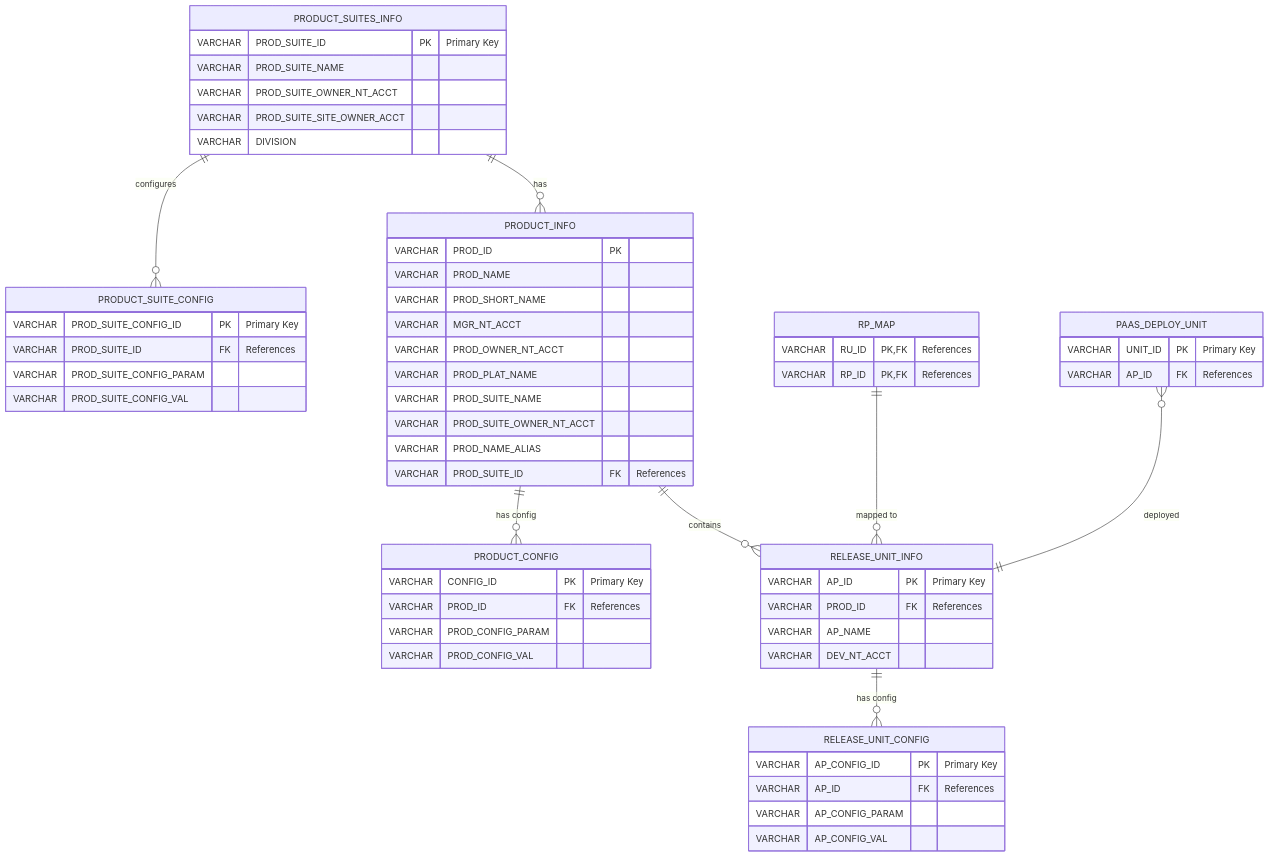
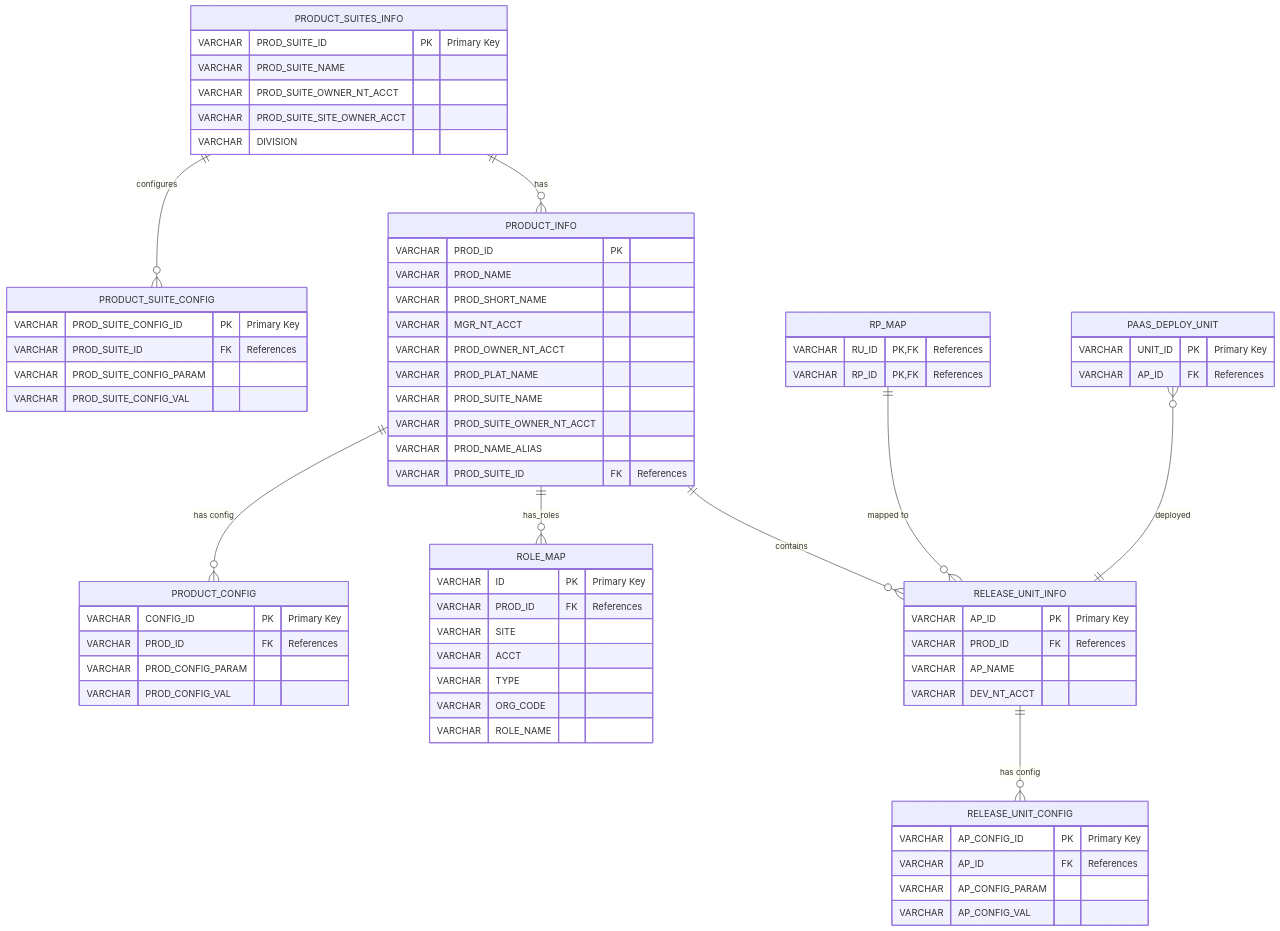
One commit to terenzio/DBMigrationPrototype changed the diagram in docs/claude.md. Above: the diagram before and after it, drawn with Mermaid. The commit also changed 1 other file, not shown here.

Commit message:
latest ER diagram

````diff
--- a/docs/claude.md
+++ b/docs/claude.md
@@ -2,10 +2,11 @@
 ```mermaid
 erDiagram
+    %% Product Suite
     PRODUCT_SUITES_INFO {
         VARCHAR PROD_SUITE_ID PK "Primary Key"
         VARCHAR PROD_SUITE_NAME ""
         VARCHAR PROD_SUITE_OWNER_NT_ACCT ""
-        VARCHAR PROD_SUITE_SITE_OWNER_ACCT ""        
+        VARCHAR PROD_SUITE_SITE_OWNER_ACCT ""
         VARCHAR DIVISION ""
     }
 
@@ -13,9 +14,10 @@
         VARCHAR PROD_SUITE_CONFIG_ID PK "Primary Key"
         VARCHAR PROD_SUITE_ID FK "References"
         VARCHAR PROD_SUITE_CONFIG_PARAM ""
-        VARCHAR PROD_SUITE_CONFIG_VAL "" 
+        VARCHAR PROD_SUITE_CONFIG_VAL ""
     }
 
+    %% Product
     PRODUCT_INFO {
         VARCHAR PROD_ID PK ""
         VARCHAR PROD_NAME ""
@@ -36,6 +38,17 @@
         VARCHAR PROD_CONFIG_VAL ""
     }
 
+    ROLE_MAP {
+        VARCHAR ID PK "Primary Key"
+        VARCHAR PROD_ID FK "References"
+        VARCHAR SITE ""
+        VARCHAR ACCT ""
+        VARCHAR TYPE ""
+        VARCHAR ORG_CODE ""
+        VARCHAR ROLE_NAME ""
+    }
+
+    %% Release Unit
     RELEASE_UNIT_INFO {
         VARCHAR AP_ID PK "Primary Key"
         VARCHAR PROD_ID FK "References"
@@ -50,14 +63,7 @@
         VARCHAR AP_CONFIG_VAL ""
     }
 
-    PRODUCT_SUITES_INFO ||--o{ PRODUCT_SUITE_CONFIG : "configures"
-    PRODUCT_SUITES_INFO ||--o{ PRODUCT_INFO : "has"
-    PRODUCT_INFO ||--o{ PRODUCT_CONFIG : "has config"
-    PRODUCT_INFO ||--o{ RELEASE_UNIT_INFO : "contains"
-    RELEASE_UNIT_INFO ||--o{ RELEASE_UNIT_CONFIG : "has config"
-    RP_MAP ||--o{ RELEASE_UNIT_INFO : "mapped to"
-    PAAS_DEPLOY_UNIT }o--|| RELEASE_UNIT_INFO : "deployed"
-
+    %% Deployment & Mapping
     RP_MAP {
         VARCHAR RU_ID PK,FK "References"
         VARCHAR RP_ID PK,FK "References"
@@ -67,4 +73,14 @@
         VARCHAR UNIT_ID PK "Primary Key"
         VARCHAR AP_ID FK "References"
     }
+
+    %% Relationships
+    PRODUCT_SUITES_INFO ||--o{ PRODUCT_SUITE_CONFIG : "configures"
+    PRODUCT_SUITES_INFO ||--o{ PRODUCT_INFO : "has"
+    PRODUCT_INFO ||--o{ PRODUCT_CONFIG : "has config"
+    PRODUCT_INFO ||--o{ ROLE_MAP : "has_roles"
+    PRODUCT_INFO ||--o{ RELEASE_UNIT_INFO : "contains"
+    RELEASE_UNIT_INFO ||--o{ RELEASE_UNIT_CONFIG : "has config"
+    RP_MAP ||--o{ RELEASE_UNIT_INFO : "mapped to"
+    PAAS_DEPLOY_UNIT }o--|| RELEASE_UNIT_INFO : "deployed"
 ```
````
